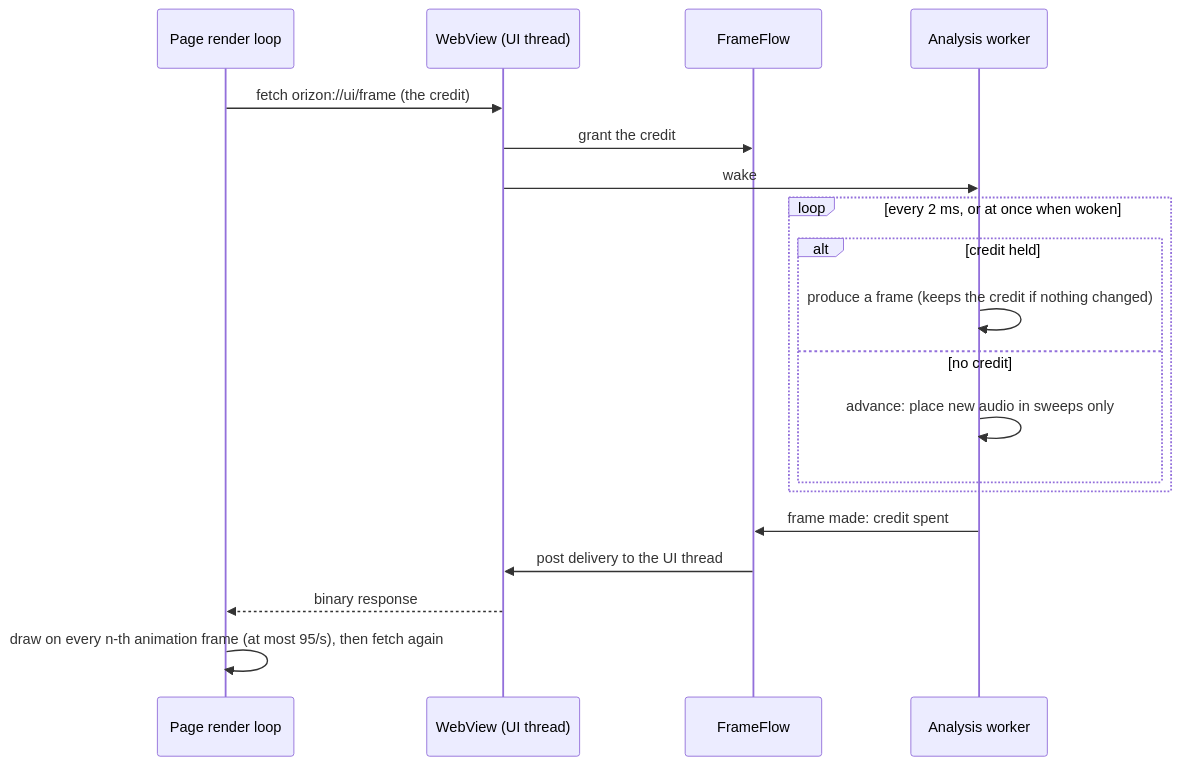
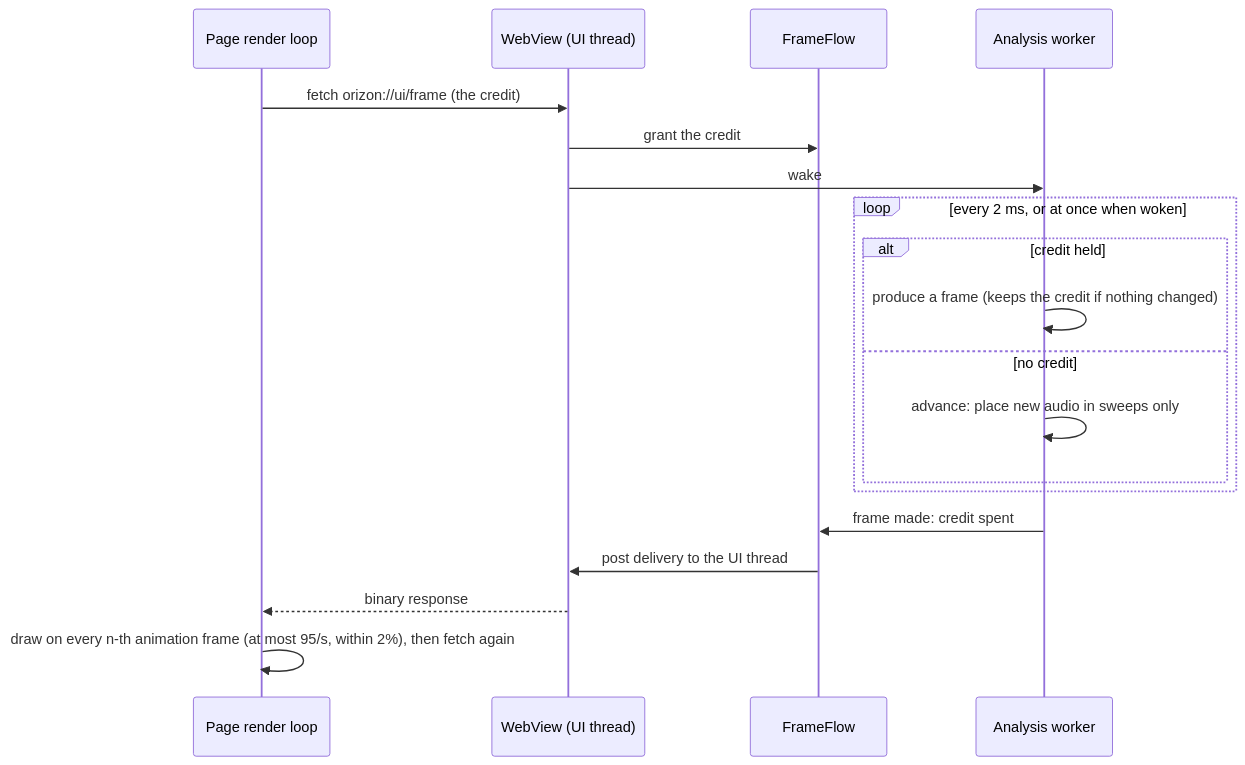
The fifth of 12 diagrams in docs/DESIGN.md (orizonaudio/Sineless), drawn with Mermaid before and after one commit. The commit also changed other lines of this file, not shown here.

Commit message:
Say the frame pacing changes n only 2% past a line
AD-12 and the frame-flow diagram said the page draws on every n-th tick
with n keeping the frame rate at or below 95 Hz, but n changes only once
the measured tick rate is 2% past a line, so a display measured just
above 95 Hz keeps drawing on every tick. Both now say so.

````diff
--- a/docs/DESIGN.md
+++ b/docs/DESIGN.md
@@ -532,21 +532,21 @@
 ```mermaid
 sequenceDiagram
   participant R as Page render loop
   participant W as WebView (UI thread)
   participant F as FrameFlow
   participant A as Analysis worker
   R->>W: fetch orizon://ui/frame (the credit)
   W->>F: grant the credit
   W->>A: wake
   loop every 2 ms, or at once when woken
     alt credit held
       A->>A: produce a frame (keeps the credit if nothing changed)
     else no credit
       A->>A: advance: place new audio in sweeps only
     end
   end
   A->>F: frame made: credit spent
   F->>W: post delivery to the UI thread
   W-->>R: binary response
-  R->>R: draw on every n-th animation frame (at most 95/s), then fetch again
+  R->>R: draw on every n-th animation frame (at most 95/s, within 2%), then fetch again
 ```
````
